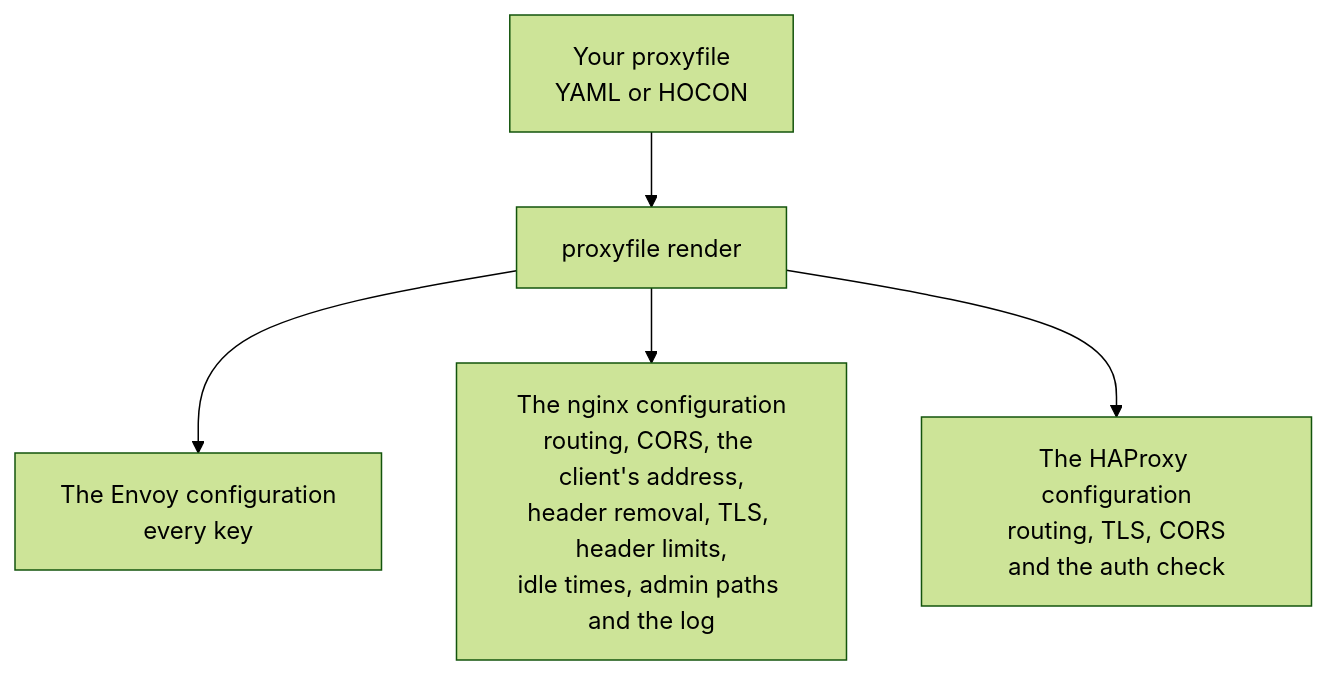
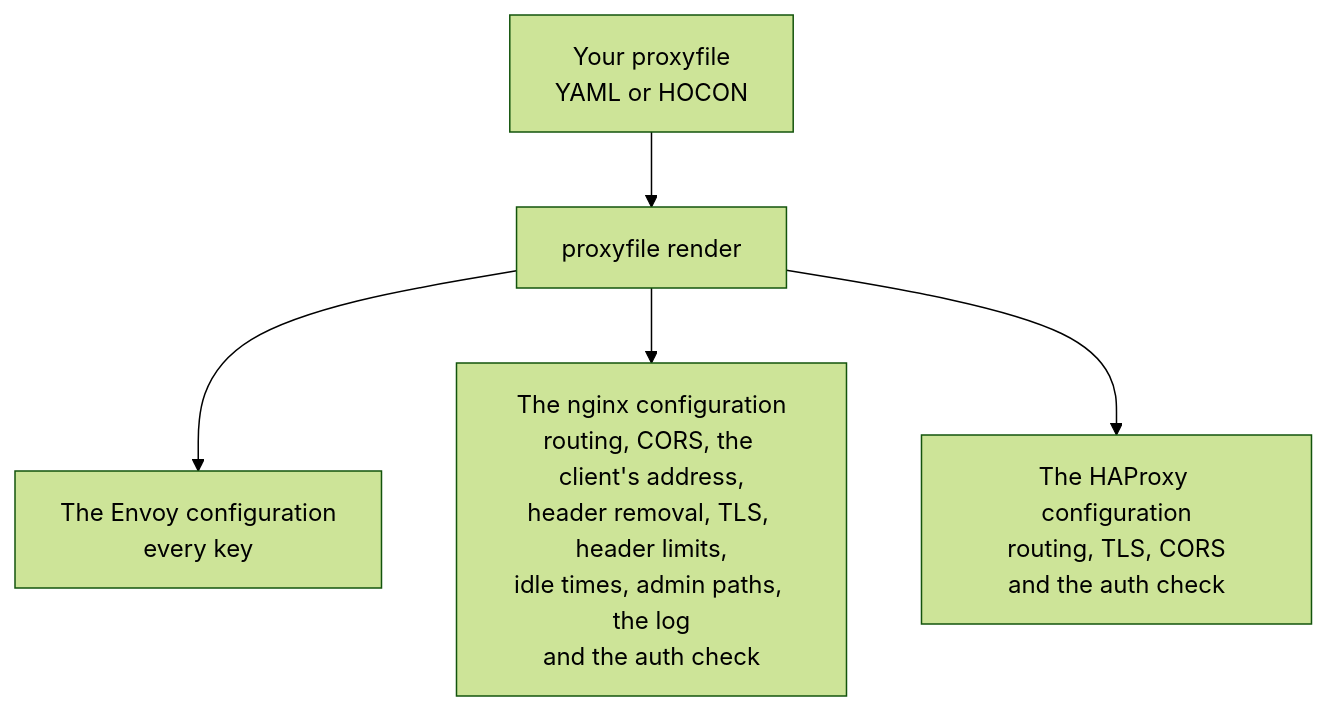
One commit to kitecorp/proxyfile changed the first of 2 diagrams in README.md. Above: the diagram before and after it, drawn with Mermaid (forest theme). The commit also changed other lines of this file and 58 other files, not shown here.

````diff
--- a/README.md
+++ b/README.md
@@ -18,7 +18,7 @@
 ```mermaid
 flowchart TB
     source["Your proxyfile<br/>YAML or HOCON"] --> render["proxyfile render"]
     render --> envoy["The Envoy configuration<br/>every key"]
-    render --> nginx["The nginx configuration<br/>routing, CORS, the client's address,<br/>header removal, TLS, header limits,<br/>idle times, admin paths and the log"]
+    render --> nginx["The nginx configuration<br/>routing, CORS, the client's address,<br/>header removal, TLS, header limits,<br/>idle times, admin paths, the log<br/>and the auth check"]
     render --> haproxy["The HAProxy configuration<br/>routing, TLS, CORS<br/>and the auth check"]
 ```
````
